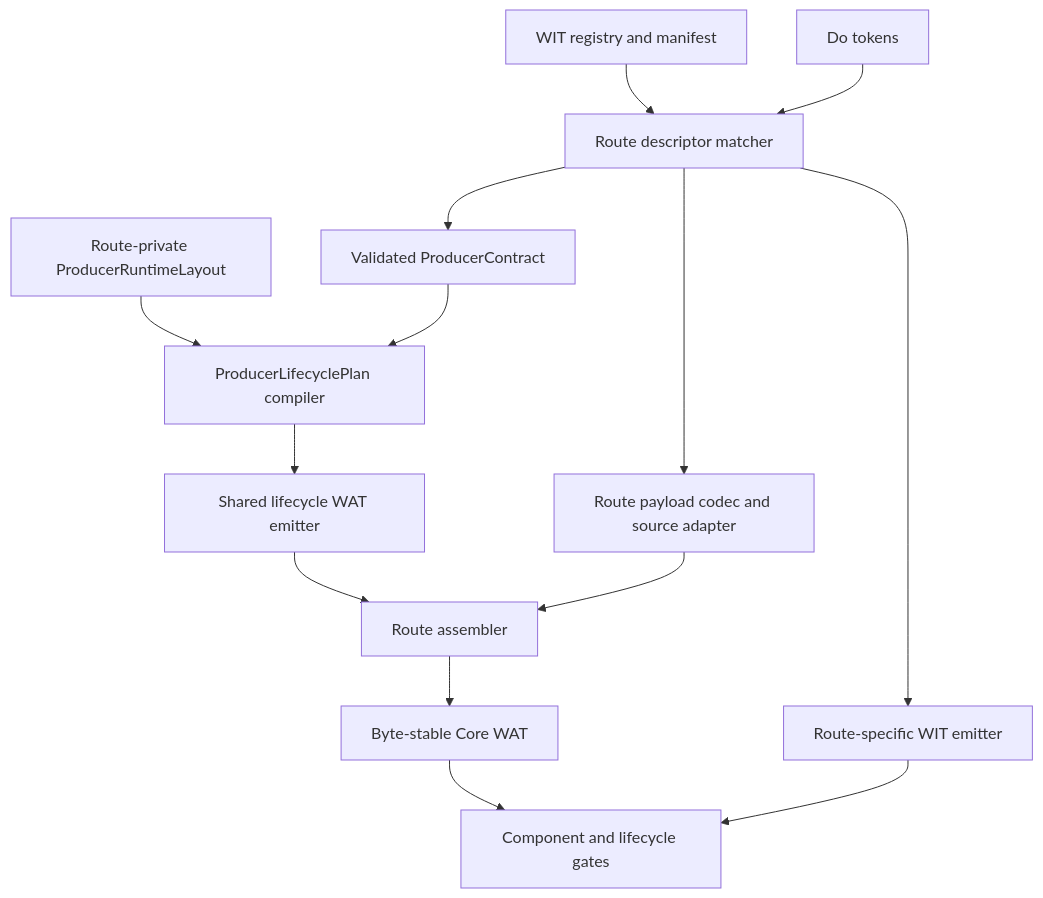
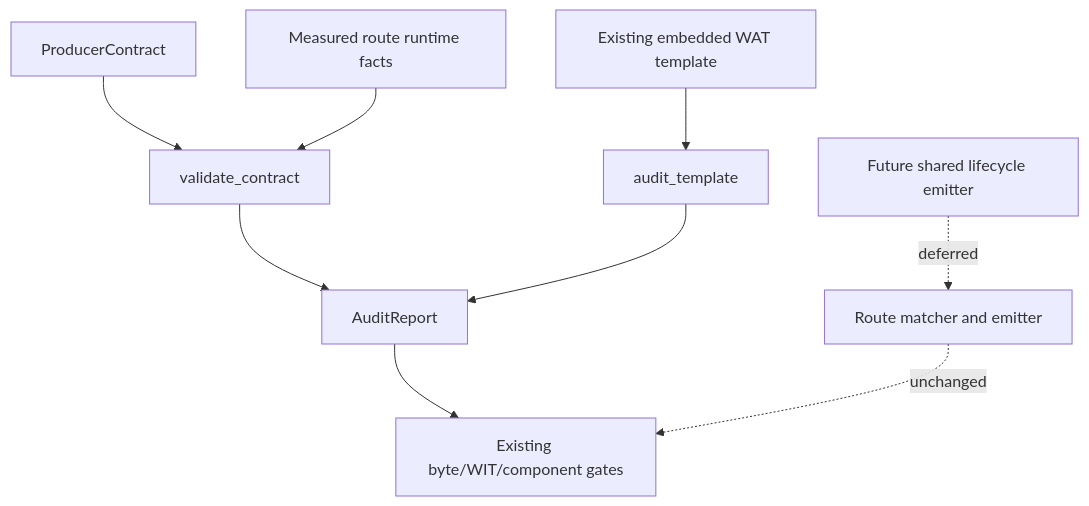
One commit to 6643/do changed the diagram in doc/superpowers/specs/2026-09-12-g6-2-producer-emitter-consolidation-design.md. Above: the diagram before and after it, drawn with Mermaid. The commit also changed other lines of this file and 5 other files, not shown here.

Commit message:
Add G6.2 producer runtime audit

````diff
--- a/doc/superpowers/specs/2026-09-12-g6-2-producer-emitter-consolidation-design.md
+++ b/doc/superpowers/specs/2026-09-12-g6-2-producer-emitter-consolidation-design.md
@@ -57,16 +128,11 @@
 ```mermaid
 flowchart TD
-    W[WIT registry and manifest] --> M[Route descriptor matcher]
-    D[Do tokens] --> M
-    M --> C[Validated ProducerContract]
-    L[Route-private ProducerRuntimeLayout] --> P[ProducerLifecyclePlan compiler]
-    C --> P
-    P --> E[Shared lifecycle WAT emitter]
-    M --> R[Route payload codec and source adapter]
-    E --> A[Route assembler]
-    R --> A
-    A --> O[Byte-stable Core WAT]
-    M --> I[Route-specific WIT emitter]
-    O --> V[Component and lifecycle gates]
-    I --> V
+    C[ProducerContract] --> V[validate_contract]
+    F[Measured route runtime facts] --> V
+    T[Existing embedded WAT template] --> A[audit_template]
+    V --> R[AuditReport]
+    A --> R
+    R --> G[Existing byte/WIT/component gates]
+    D[Route matcher and emitter] -. unchanged .-> G
+    E[Future shared lifecycle emitter] -. deferred .-> D
 ```
````
